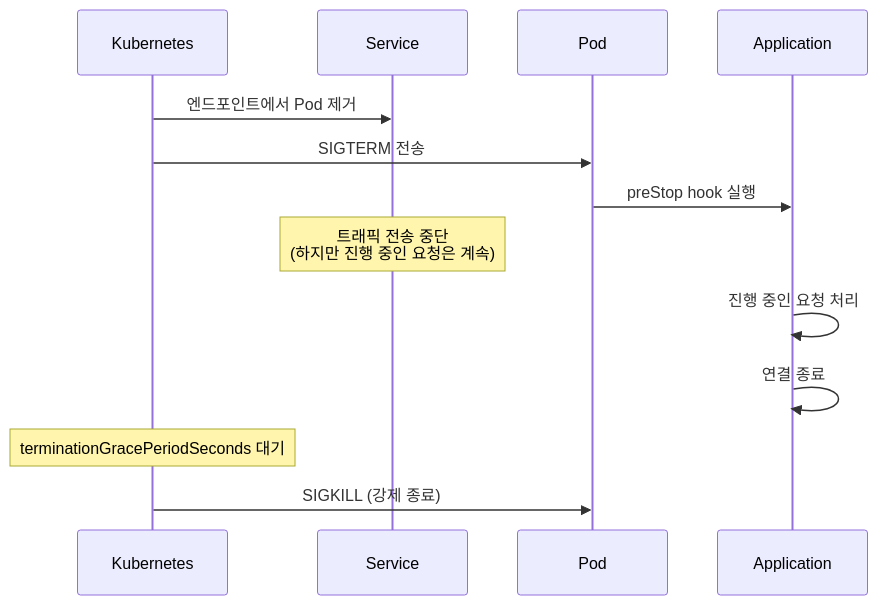
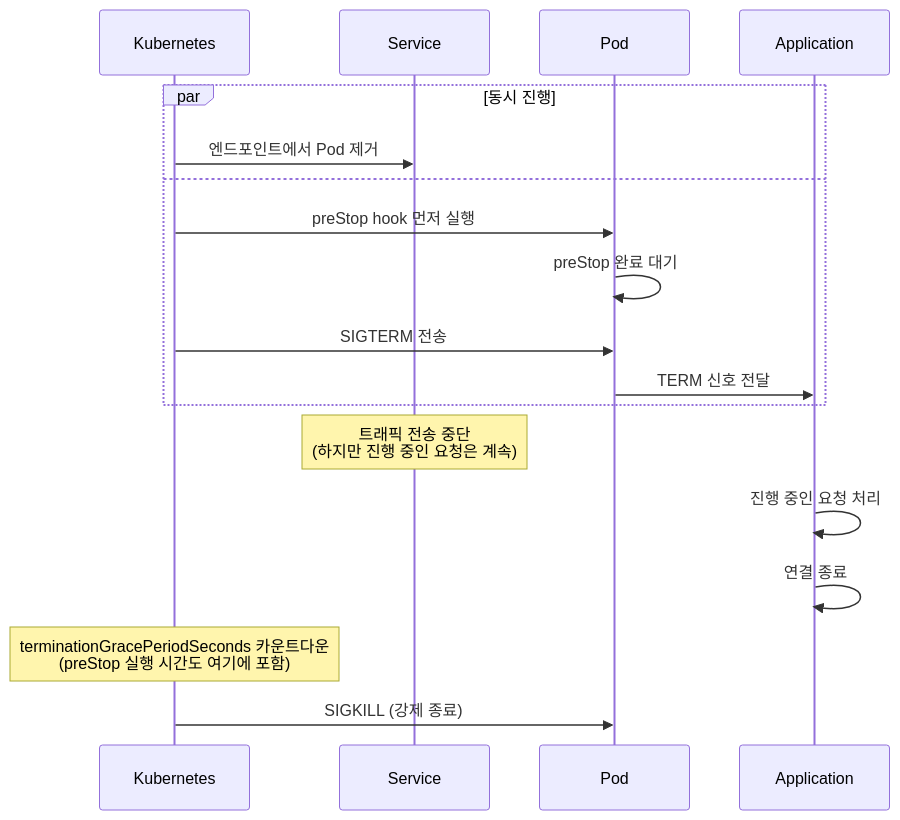
Before and after one commit to sskim91/TIL: the ninth of 10 diagrams in kubernetes/Kubernetes-Probe-Liveness-Readiness-Startup.md, drawn with Mermaid. The commit also changed other lines of this file and 9 other files, not shown here.

````diff
--- a/kubernetes/Kubernetes-Probe-Liveness-Readiness-Startup.md
+++ b/kubernetes/Kubernetes-Probe-Liveness-Readiness-Startup.md
@@ -913,20 +918,25 @@
 ```mermaid
 sequenceDiagram
     participant K as Kubernetes
     participant S as Service
     participant P as Pod
     participant App as Application
 
-    K->>S: 엔드포인트에서 Pod 제거
-    K->>P: SIGTERM 전송
-    P->>App: preStop hook 실행
+    par 동시 진행
+        K->>S: 엔드포인트에서 Pod 제거
+    and
+        K->>P: preStop hook 먼저 실행
+        P->>P: preStop 완료 대기
+        K->>P: SIGTERM 전송
+        P->>App: TERM 신호 전달
+    end
 
     Note over S: 트래픽 전송 중단<br>(하지만 진행 중인 요청은 계속)
 
     App->>App: 진행 중인 요청 처리
     App->>App: 연결 종료
 
-    Note over K: terminationGracePeriodSeconds 대기
+    Note over K: terminationGracePeriodSeconds 카운트다운<br>(preStop 실행 시간도 여기에 포함)
 
     K->>P: SIGKILL (강제 종료)
 ```
````
